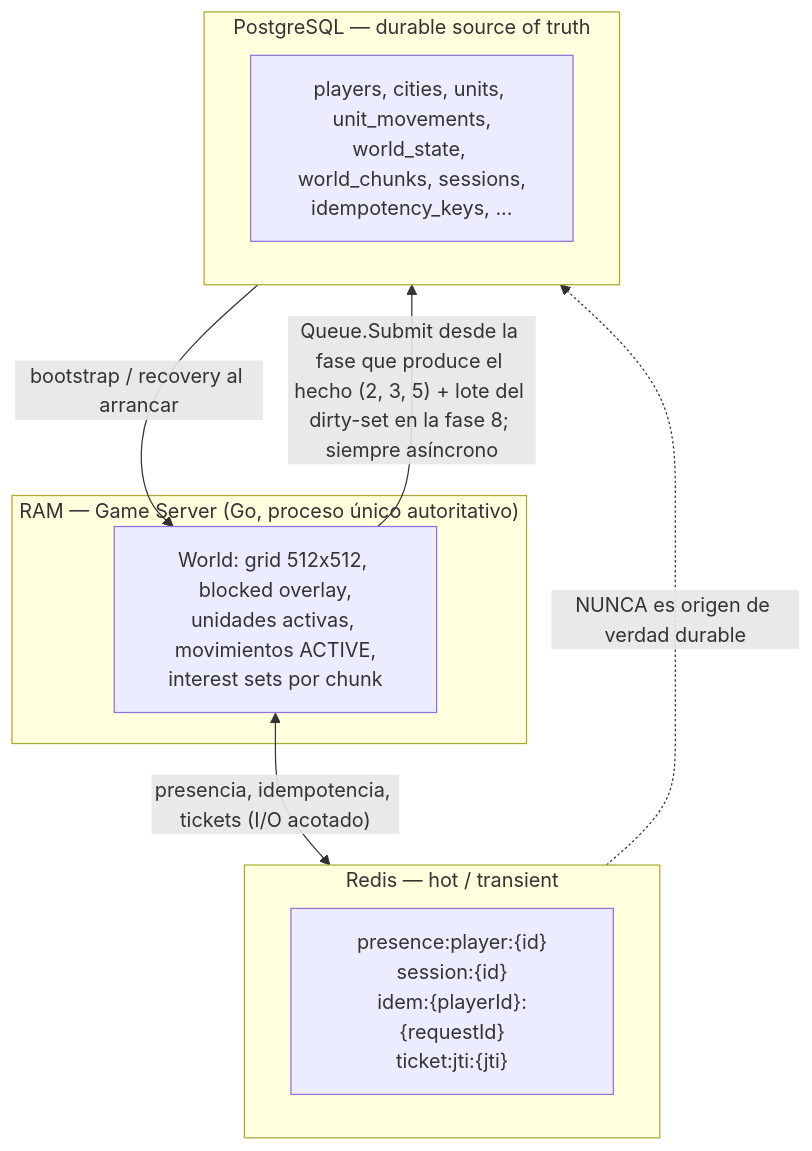
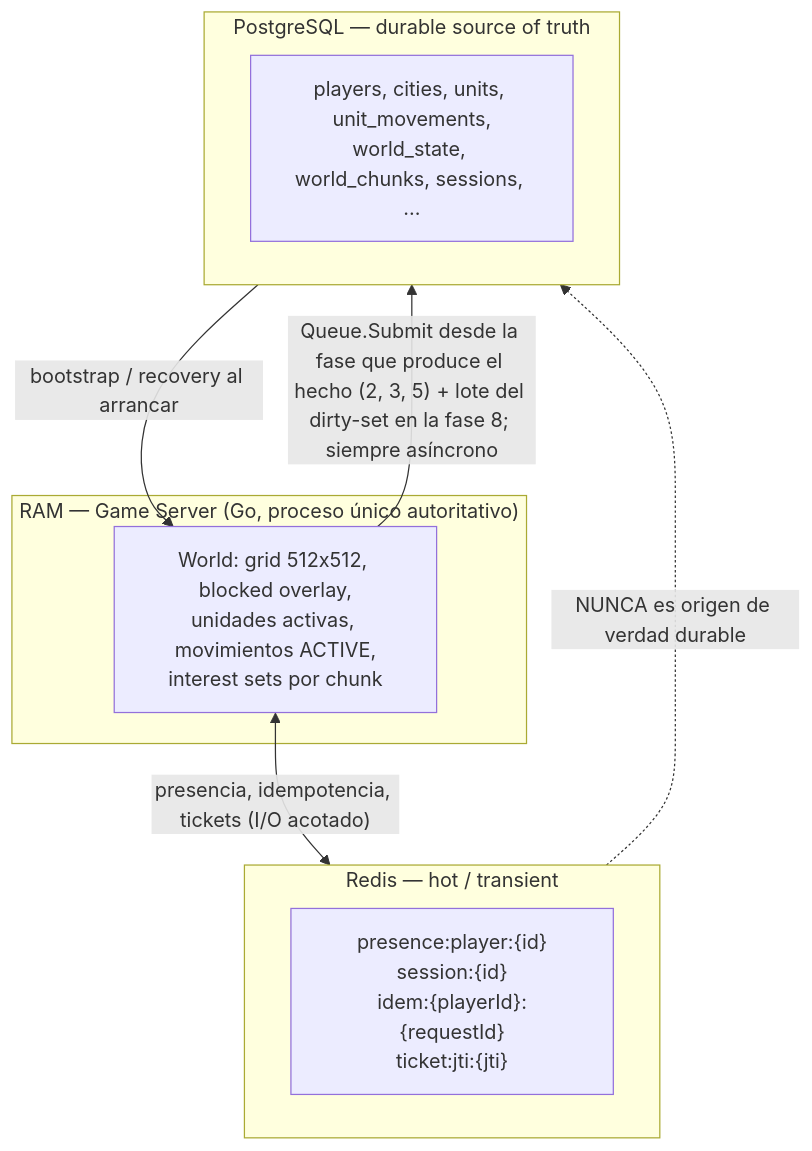
One commit to sonetlumiere-code/empires-online changed the diagram in docs/architecture/persistence.md. Above: the diagram before and after it, drawn with Mermaid. The commit also changed other lines of this file and 32 other files, not shown here.

````diff
--- a/docs/architecture/persistence.md
+++ b/docs/architecture/persistence.md
@@ -21,17 +21,17 @@
 ```mermaid
 flowchart TB
     subgraph RAM["RAM — Game Server (Go, proceso único autoritativo)"]
         W["World: grid 512x512, blocked overlay,\nunidades activas, movimientos ACTIVE,\ninterest sets por chunk"]
     end
     subgraph REDIS["Redis — hot / transient"]
         R["presence:player:{id}\nsession:{id}\nidem:{playerId}:{requestId}\nticket:jti:{jti}"]
     end
     subgraph PG["PostgreSQL — durable source of truth"]
-        P["players, cities, units, unit_movements,\nworld_state, world_chunks, sessions,\nidempotency_keys, ..."]
+        P["players, cities, units, unit_movements,\nworld_state, world_chunks, sessions, ..."]
     end
 
     W -- "Queue.Submit desde la fase que produce el hecho (2, 3, 5) + lote del dirty-set en la fase 8; siempre asíncrono" --> PG
     PG -- "bootstrap / recovery al arrancar" --> W
     W <-- "presencia, idempotencia, tickets (I/O acotado)" --> REDIS
     REDIS -. "NUNCA es origen de verdad durable" .-> PG
 ```
````
